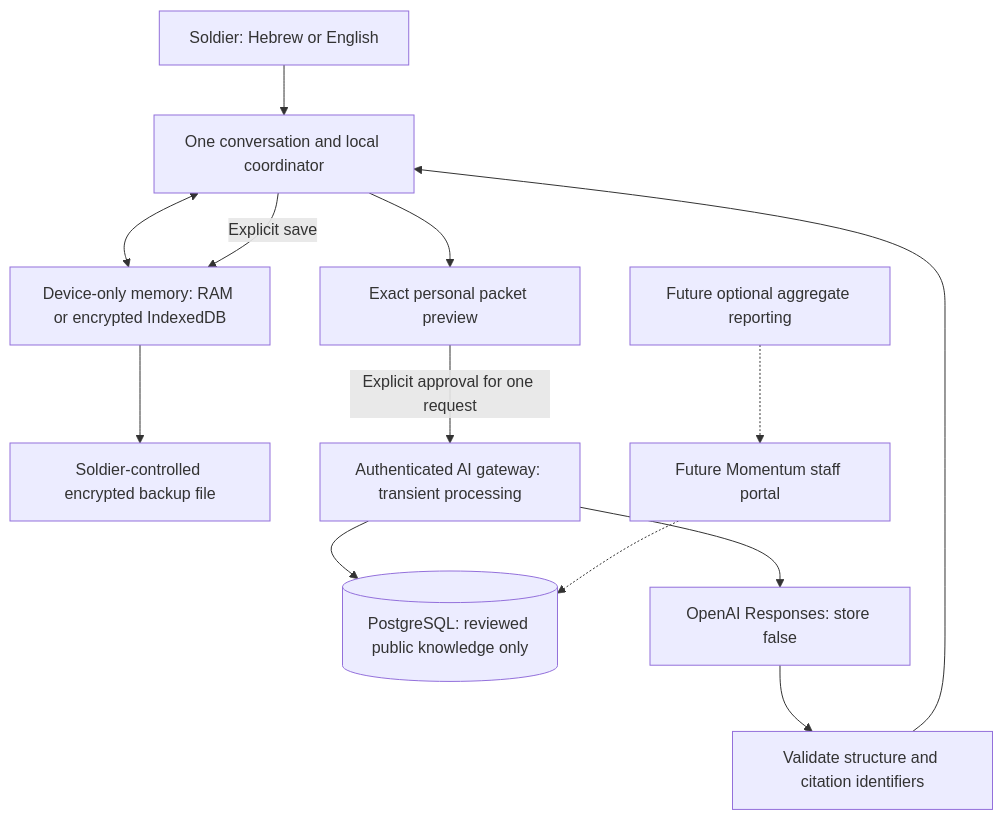
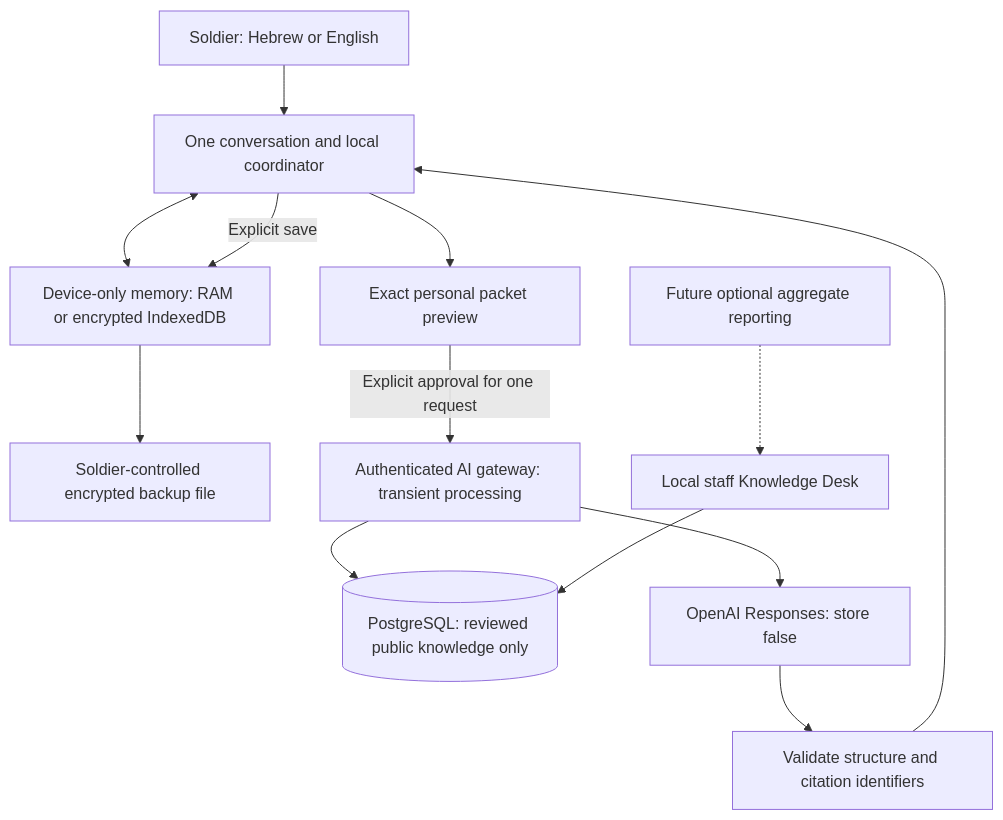
One commit to 6244abaman/transition-companion changed the diagram in docs/MASTER_ARCHITECTURE.md. Above: the diagram before and after it, drawn with Mermaid. The commit also changed other lines of this file and 41 other files, not shown here.

Commit message:
Add local staff knowledge review workflow and bilingual source drafts

````diff
--- a/docs/MASTER_ARCHITECTURE.md
+++ b/docs/MASTER_ARCHITECTURE.md
@@ -15,15 +15,15 @@
 ```mermaid
 flowchart TD
   S[Soldier: Hebrew or English] --> C[One conversation and local coordinator]
   C <--> M[Device-only memory: RAM or encrypted IndexedDB]
   M --> B[Soldier-controlled encrypted backup file]
   C --> P[Exact personal packet preview]
   P -->|Explicit approval for one request| G[Authenticated AI gateway: transient processing]
   G --> K[(PostgreSQL: reviewed public knowledge only)]
   G --> O[OpenAI Responses: store false]
   O --> V[Validate structure and citation identifiers]
   V --> C
   C -->|Explicit save| M
-  A[Future Momentum staff portal] -.-> K
+  A[Local staff Knowledge Desk] --> K
   X[Future optional aggregate reporting] -.-> A
 ```
````
